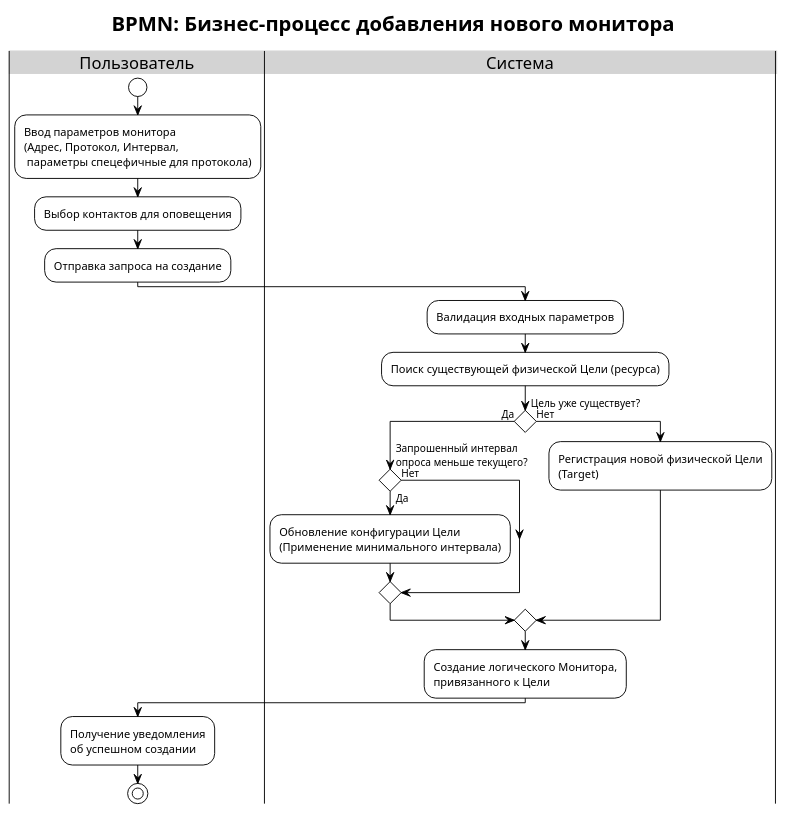
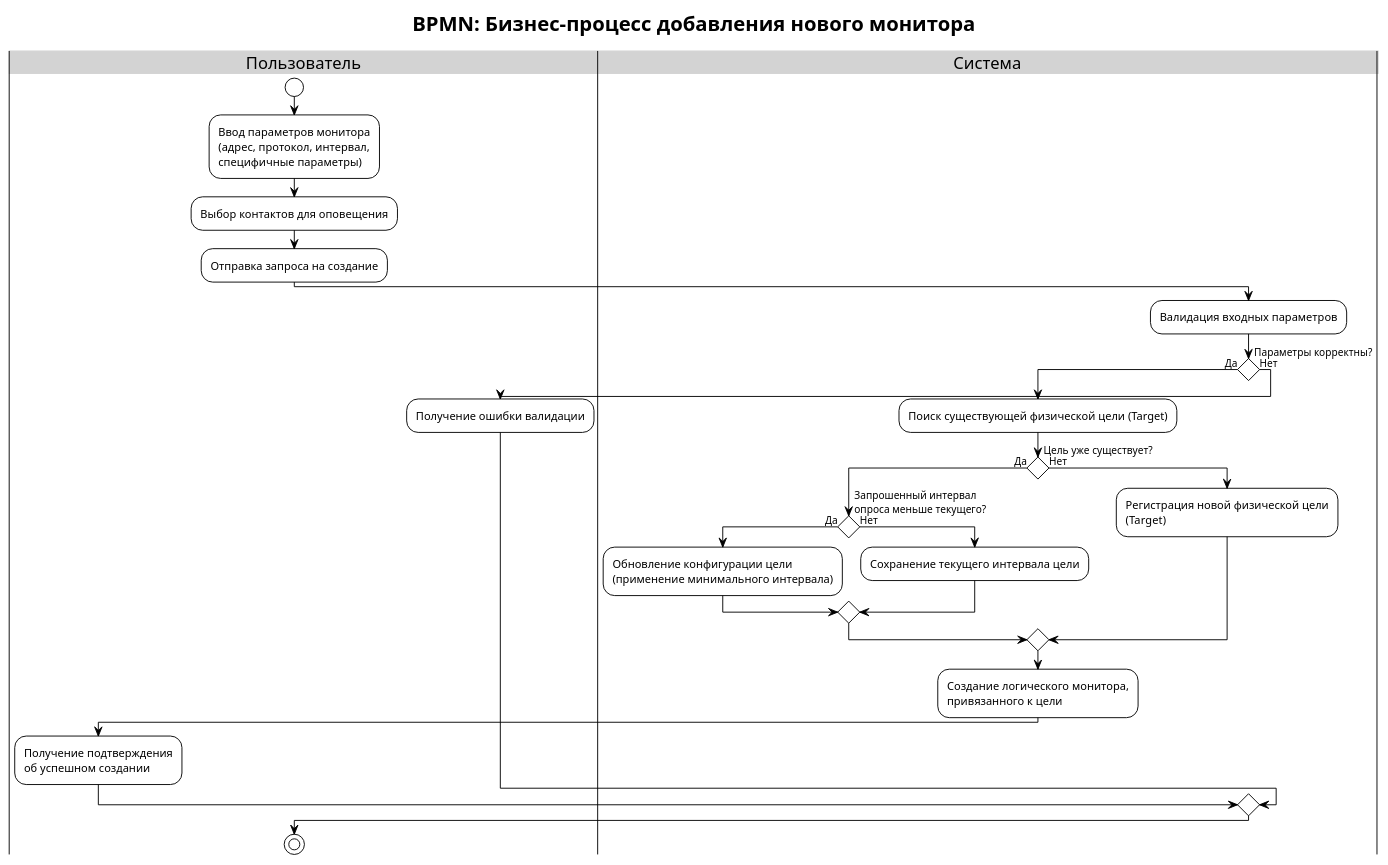
One commit to mkholkin/WatchTower changed the diagram in docs/puml/bpmn/bpmn-new-monitor.puml. Above: the diagram before and after it, drawn with PlantUML. The commit also changed 4 other files, not shown here.

Commit message:
docs: align WebLab 1 diagrams with implementation

```diff
--- a/docs/puml/bpmn/bpmn-new-monitor.puml
+++ b/docs/puml/bpmn/bpmn-new-monitor.puml
@@ -1,52 +1,58 @@
 @startuml
 !theme plain
 title BPMN: Бизнес-процесс добавления нового монитора
 
 ' --- Стилизация под классический BPMN ---
 skinparam conditionStyle diamond
 skinparam swimlane {
     BorderColor Black
     BorderThickness 1
     TitleBackgroundColor LightGray
     TitleFontColor Black
 }
 skinparam activity {
     BackgroundColor White
     BorderColor Black
     ArrowColor Black
 }
 
 ' Объявление параллельных дорожек
 |Пользователь|
 |Система|
 
 ' --- Ход процесса ---
 
 |Пользователь|
 start
-:Ввод параметров монитора\n(Адрес, Протокол, Интервал,\n параметры спецефичные для протокола);
+:Ввод параметров монитора\n(адрес, протокол, интервал,\nспецифичные параметры);
 :Выбор контактов для оповещения;
 :Отправка запроса на создание;
 
 |Система|
 :Валидация входных параметров;
-:Поиск существующей физической Цели (ресурса);
 
-if (Цель уже существует?) then (Да)
-    if (Запрошенный интервал\nопроса меньше текущего?) then (Да)
-        :Обновление конфигурации Цели\n(Применение минимального интервала);
+if (Параметры корректны?) then (Да)
+    :Поиск существующей физической цели (Target);
+
+    if (Цель уже существует?) then (Да)
+        if (Запрошенный интервал\nопроса меньше текущего?) then (Да)
+            :Обновление конфигурации цели\n(применение минимального интервала);
+        else (Нет)
+            :Сохранение текущего интервала цели;
+        endif
     else (Нет)
-'        :Сохранение текущего интервала Цели;
+        :Регистрация новой физической цели\n(Target);
     endif
 
+    :Создание логического монитора,\nпривязанного к цели;
+
+    |Пользователь|
+    :Получение подтверждения\nоб успешном создании;
 else (Нет)
-    :Регистрация новой физической Цели\n(Target);
+    |Пользователь|
+    :Получение ошибки валидации;
 endif
 
-:Создание логического Монитора,\nпривязанного к Цели;
-
-|Пользователь|
-:Получение уведомления\nоб успешном создании;
 stop
 
 @enduml
```
